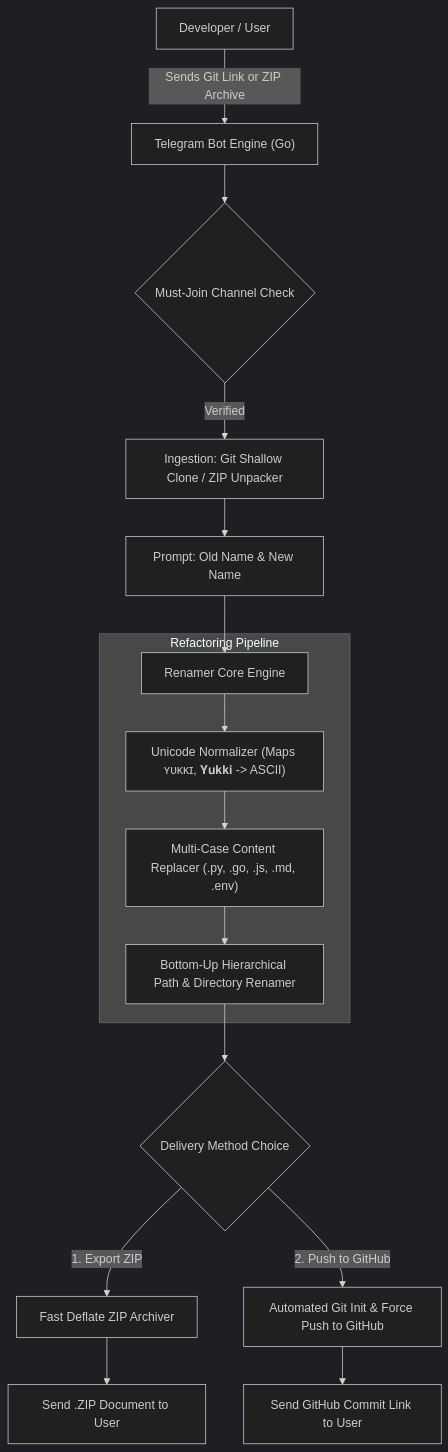
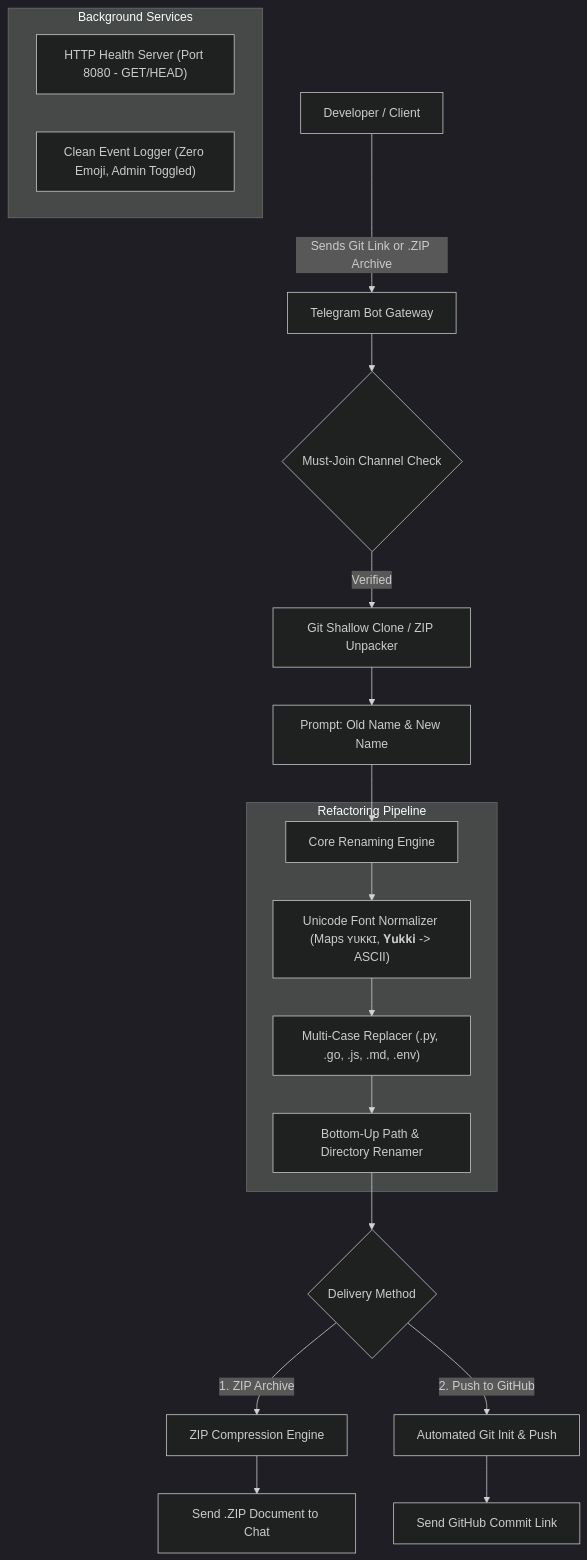
One commit to SUDEEPBOTS/module-renamer-bot changed the diagram in README.md. Above: the diagram before and after it, drawn with Mermaid (dark theme). The commit also changed other lines of this file and 26 other files, not shown here.

Commit message:
feat: add clean zero-emoji logger, GET/HEAD health server, one-click cloud deploy configs, AI error trace blocks, blockquote layout, and help pagination

````diff
--- a/README.md
+++ b/README.md
@@ -41,18 +48,23 @@
 ```mermaid
 flowchart TD
-    User["Developer / User"] -->|Sends Git Link or ZIP Archive| TelegramBot["Telegram Bot Engine (Go)"]
-    TelegramBot --> FSub{"Must-Join Channel Check"}
-    FSub -->|Verified| Ingestion["Ingestion: Git Shallow Clone / ZIP Unpacker"]
-    Ingestion --> InputNames["Prompt: Old Name & New Name"]
-    InputNames --> Engine["Renamer Core Engine"]
+    User["Developer / Client"] -->|Sends Git Link or .ZIP Archive| Bot["Telegram Bot Gateway"]
+    Bot --> FSub{"Must-Join Channel Check"}
+    FSub -->|Verified| Ingestion["Git Shallow Clone / ZIP Unpacker"]
+    Ingestion --> Prompt["Prompt: Old Name & New Name"]
+    Prompt --> Engine["Core Renaming Engine"]
     
     subgraph Refactoring Pipeline
-        Engine --> FontNormalizer["Unicode Normalizer (Maps ʏᴜᴋᴋɪ, 𝐘𝐮𝐤𝐤𝐢 -> ASCII)"]
-        FontNormalizer --> ContentReplace["Multi-Case Content Replacer (.py, .go, .js, .md, .env)"]
-        ContentReplace --> PathRenamer["Bottom-Up Hierarchical Path & Directory Renamer"]
+        Engine --> FontNormalizer["Unicode Font Normalizer (Maps ʏᴜᴋᴋɪ, 𝐘𝐮𝐤𝐤𝐢 -> ASCII)"]
+        FontNormalizer --> ContentReplacer["Multi-Case Replacer (.py, .go, .js, .md, .env)"]
+        ContentReplacer --> PathRenamer["Bottom-Up Path & Directory Renamer"]
     end
     
-    PathRenamer --> DeliveryPrompt{"Delivery Method Choice"}
-    DeliveryPrompt -->|1. Export ZIP| Zipper["Fast Deflate ZIP Archiver"] --> SendDoc["Send .ZIP Document to User"]
-    DeliveryPrompt -->|2. Push to GitHub| GitPush["Automated Git Init & Force Push to GitHub"] --> SendURL["Send GitHub Commit Link to User"]
+    PathRenamer --> Choice{"Delivery Method"}
+    Choice -->|1. ZIP Archive| Zipper["ZIP Compression Engine"] --> SendDoc["Send .ZIP Document to Chat"]
+    Choice -->|2. Push to GitHub| GitPush["Automated Git Init & Push"] --> SendURL["Send GitHub Commit Link"]
+    
+    subgraph Background Services
+        HealthSrv["HTTP Health Server (Port 8080 - GET/HEAD)"]
+        EventLogger["Clean Event Logger (Zero Emoji, Admin Toggled)"]
+    end
 ```
````
